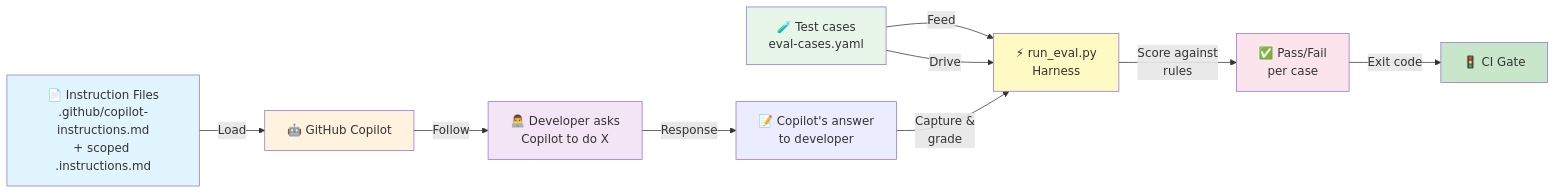
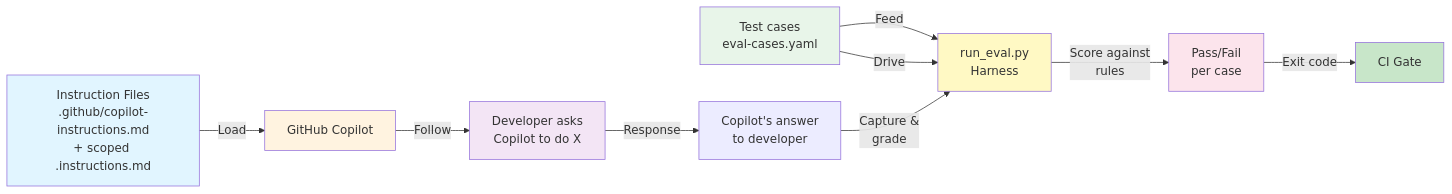
Before and after one commit to thattechieguy/copilot-engineering-kit: the diagram in README.md, drawn with Mermaid. The commit also changed other lines of this file, not shown here.

````diff
--- a/README.md
+++ b/README.md
@@ -105,21 +105,21 @@
 ```mermaid
 graph LR
-    A["📄 Instruction Files<br/>.github/copilot-instructions.md<br/>+ scoped .instructions.md"] -->|Load| B["🤖 GitHub Copilot"]
-    B -->|Follow| C["👨‍💻 Developer asks<br/>Copilot to do X"]
-    C -->|Response| D["📝 Copilot's answer<br/>to developer"]
+    A["Instruction Files<br/>.github/copilot-instructions.md<br/>+ scoped .instructions.md"] -->|Load| B["GitHub Copilot"]
+    B -->|Follow| C["Developer asks<br/>Copilot to do X"]
+    C -->|Response| D["Copilot's answer<br/>to developer"]
     
-    E["🧪 Test cases<br/>eval-cases.yaml"] -->|Feed| F["⚡ run_eval.py<br/>Harness"]
+    E["Test cases<br/>eval-cases.yaml"] -->|Feed| F["run_eval.py<br/>Harness"]
     E -->|Drive| F
     D -->|Capture &<br/>grade| F
     
-    F -->|Score against<br/>rules| G["✅ Pass/Fail<br/>per case"]
-    G -->|Exit code| H["🚦 CI Gate"]
+    F -->|Score against<br/>rules| G["Pass/Fail<br/>per case"]
+    G -->|Exit code| H["CI Gate"]
     
     style A fill:#e1f5ff
     style B fill:#fff3e0
     style C fill:#f3e5f5
     style E fill:#e8f5e9
     style F fill:#fff9c4
     style G fill:#fce4ec
     style H fill:#c8e6c9
 ```
````
